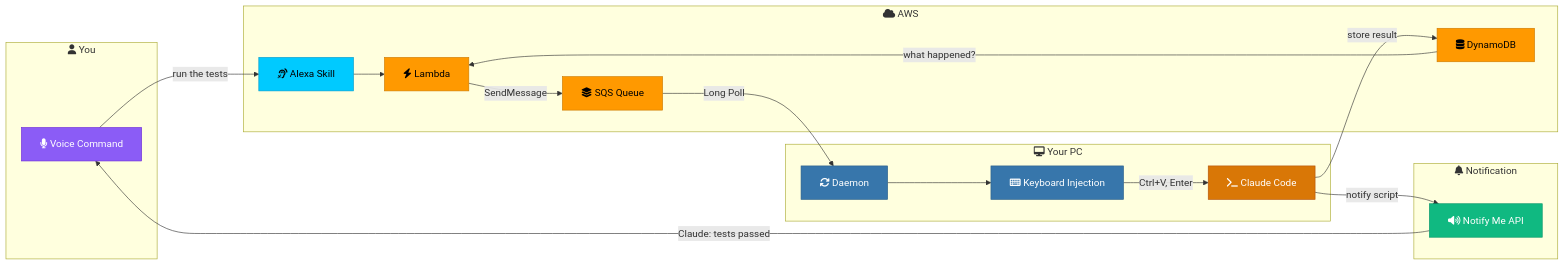
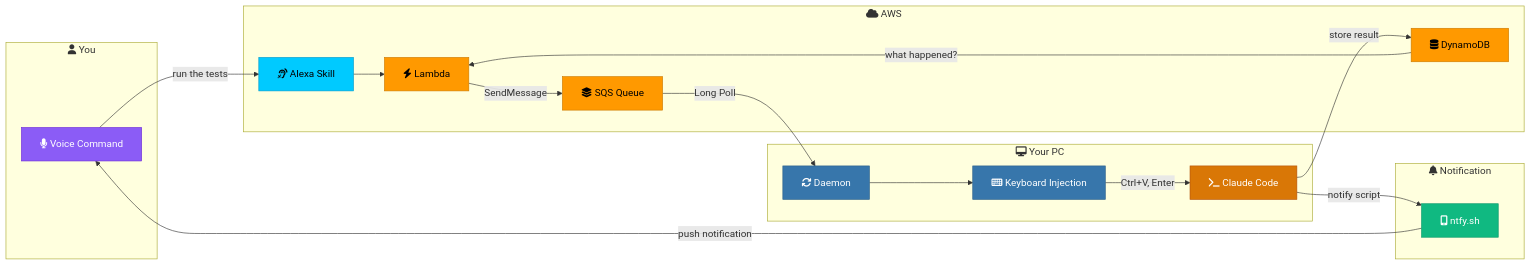
The first of 2 diagrams in README.md (pouriamrt/alexa-claude-bridge), drawn with Mermaid before and after one commit. The commit also changed other lines of this file, not shown here.

First line of the commit message:
docs: update README for ntfy notifications and Alexa-only notify flow

````diff
--- a/README.md
+++ b/README.md
@@ -50,44 +50,44 @@
 ```mermaid
 flowchart LR
     subgraph User["fa:fa-user You"]
         Voice["fa:fa-microphone Voice Command"]
     end
 
     subgraph AWS["fa:fa-cloud AWS"]
         Alexa["fa:fa-assistive-listening-systems Alexa Skill"]
         Lambda["fa:fa-bolt Lambda"]
         SQS["fa:fa-layer-group SQS Queue"]
         DynamoDB["fa:fa-database DynamoDB"]
     end
 
     subgraph PC["fa:fa-desktop Your PC"]
         Daemon["fa:fa-sync Daemon"]
         Keyboard["fa:fa-keyboard Keyboard Injection"]
         Claude["fa:fa-terminal Claude Code"]
     end
 
     subgraph Notify["fa:fa-bell Notification"]
-        NotifyMe["fa:fa-volume-up Notify Me API"]
+        Ntfy["fa:fa-mobile-alt ntfy.sh"]
     end
 
     Voice -->|"run the tests"| Alexa
     Alexa --> Lambda
     Lambda -->|SendMessage| SQS
     SQS -->|Long Poll| Daemon
     Daemon --> Keyboard
     Keyboard -->|Ctrl+V, Enter| Claude
-    Claude -->|notify script| NotifyMe
+    Claude -->|notify script| Ntfy
     Claude -->|store result| DynamoDB
-    NotifyMe -->|"Claude: tests passed"| Voice
+    Ntfy -->|push notification| Voice
     DynamoDB -->|"what happened?"| Lambda
 
     style Voice fill:#8B5CF6,stroke:#6D28D9,color:#fff
     style Alexa fill:#00CAFF,stroke:#0099CC,color:#000
     style Lambda fill:#FF9900,stroke:#CC7A00,color:#000
     style SQS fill:#FF9900,stroke:#CC7A00,color:#000
     style DynamoDB fill:#FF9900,stroke:#CC7A00,color:#000
     style Daemon fill:#3776AB,stroke:#2B5F8A,color:#fff
     style Keyboard fill:#3776AB,stroke:#2B5F8A,color:#fff
     style Claude fill:#D97706,stroke:#B45309,color:#fff
-    style NotifyMe fill:#10B981,stroke:#059669,color:#fff
+    style Ntfy fill:#10B981,stroke:#059669,color:#fff
 ```
````
